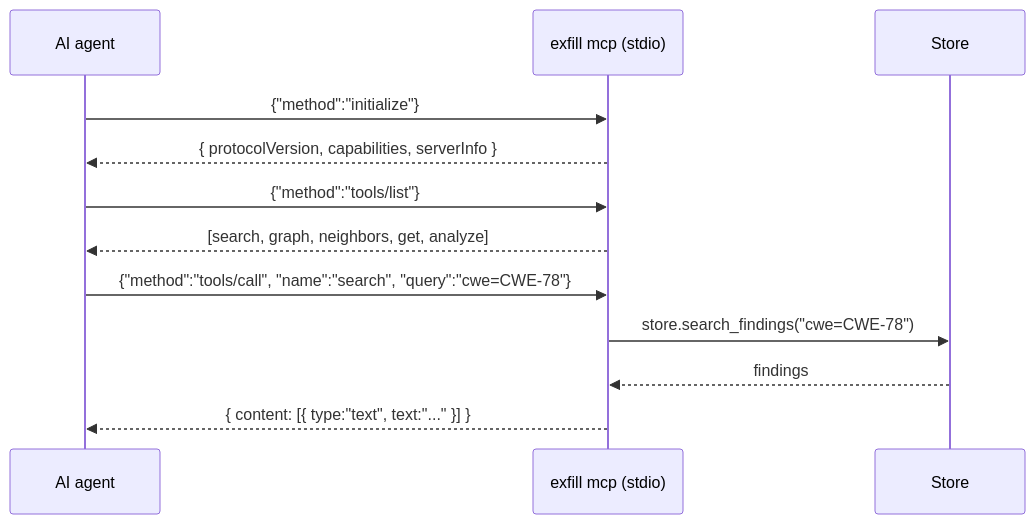
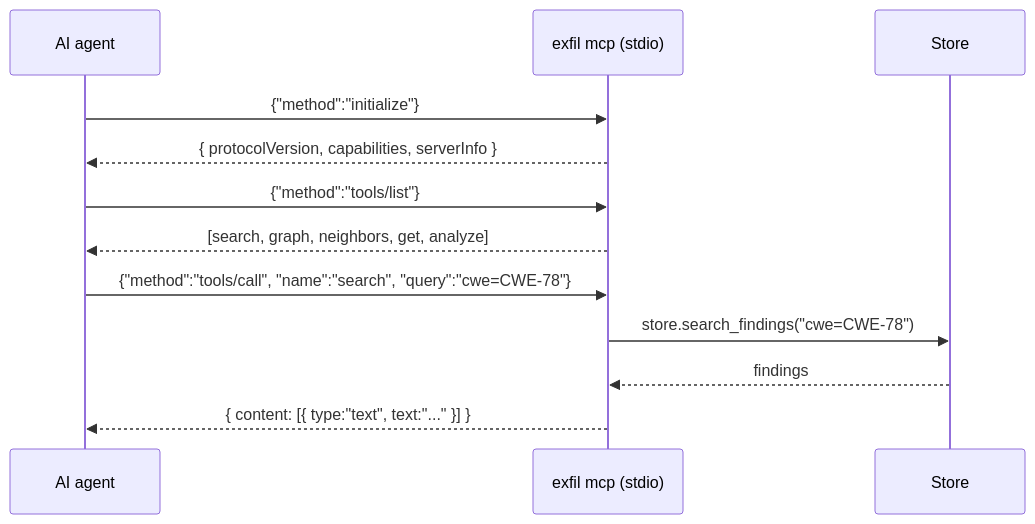
Before and after one commit to rangertaha/exfil: the first of 7 diagrams in docs/architecture/integrations.md, drawn with Mermaid. The commit also changed other lines of this file and 129 other files, not shown here.

First line of the commit message:
Rename the tool: exfill -> exfil

````diff
--- a/docs/architecture/integrations.md
+++ b/docs/architecture/integrations.md
@@ -21,14 +21,14 @@
 ```mermaid
 sequenceDiagram
     participant A as AI agent
-    participant S as exfill mcp (stdio)
+    participant S as exfil mcp (stdio)
     participant DB as Store
     A->>S: {"method":"initialize"}
     S-->>A: { protocolVersion, capabilities, serverInfo }
     A->>S: {"method":"tools/list"}
     S-->>A: [search, graph, neighbors, get, analyze]
     A->>S: {"method":"tools/call", "name":"search", "query":"cwe=CWE-78"}
     S->>DB: store.search_findings("cwe=CWE-78")
     DB-->>S: findings
     S-->>A: { content: [{ type:"text", text:"..." }] }
 ```
````
